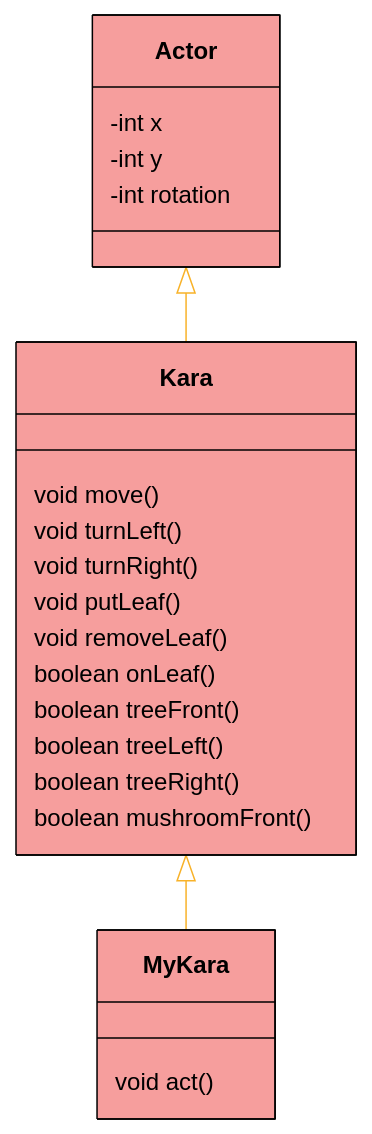
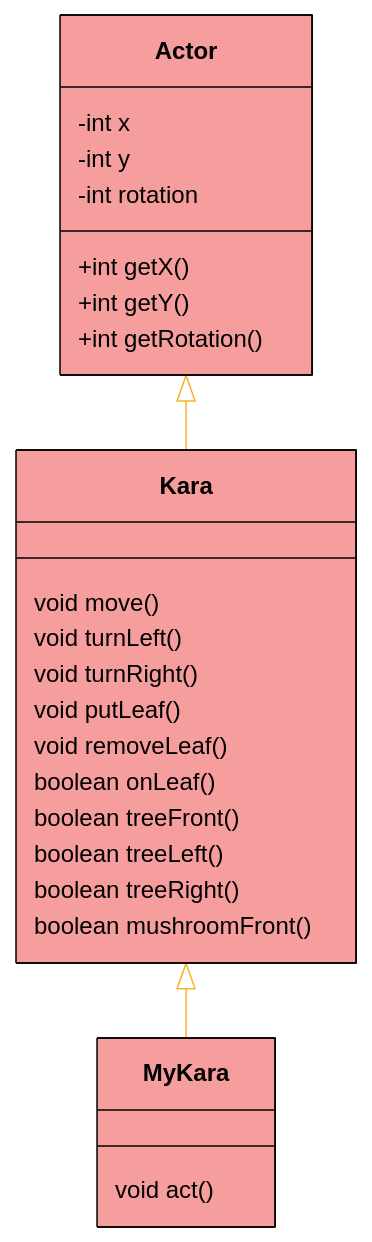
The diagram in README.MD (htw-imi-info1/kara), drawn with Mermaid before and after one commit.

Commit message:
add public methods to actor in readme

```````diff
--- a/README.MD
+++ b/README.MD
@@ -4,41 +4,44 @@
 ```mermaid
 %%{
   init: {
     'theme': 'base',
     'themeVariables': {
       'primaryColor': '#f69e9d', 
       'primaryTextColor': '#000',
       'primaryBorderColor': '#000',
       'lineColor': '#F8B229',
       'secondaryColor': '#f4f4f4',
       'activationBorderColor': '#000',
       'tertiaryColor': '#fff'
     }
   }
 }%%
 classDiagram
     Kara <|-- MyKara
     Actor <|-- Kara
     
     class Actor{
       -int x
       -int y
       -int rotation
+      +int getX()
+      +int getY()
+      +int getRotation()
     }
     class Kara{
 
       void move()
       void turnLeft()
       void turnRight()
       void putLeaf()
       void removeLeaf()
       boolean onLeaf()
       boolean treeFront()
       boolean treeLeft()
       boolean treeRight()
       boolean mushroomFront()
     }
     class MyKara{
       void act()
     }
 ``````
```````
